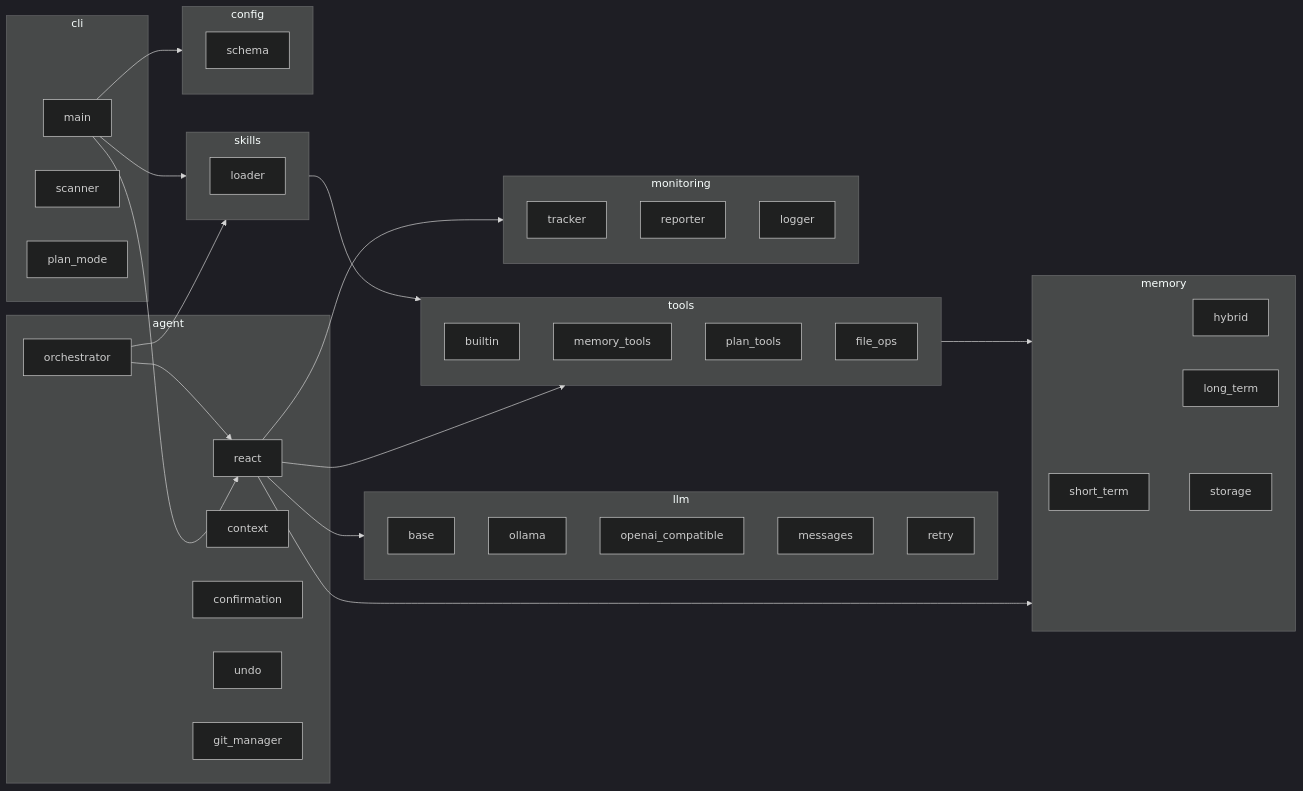
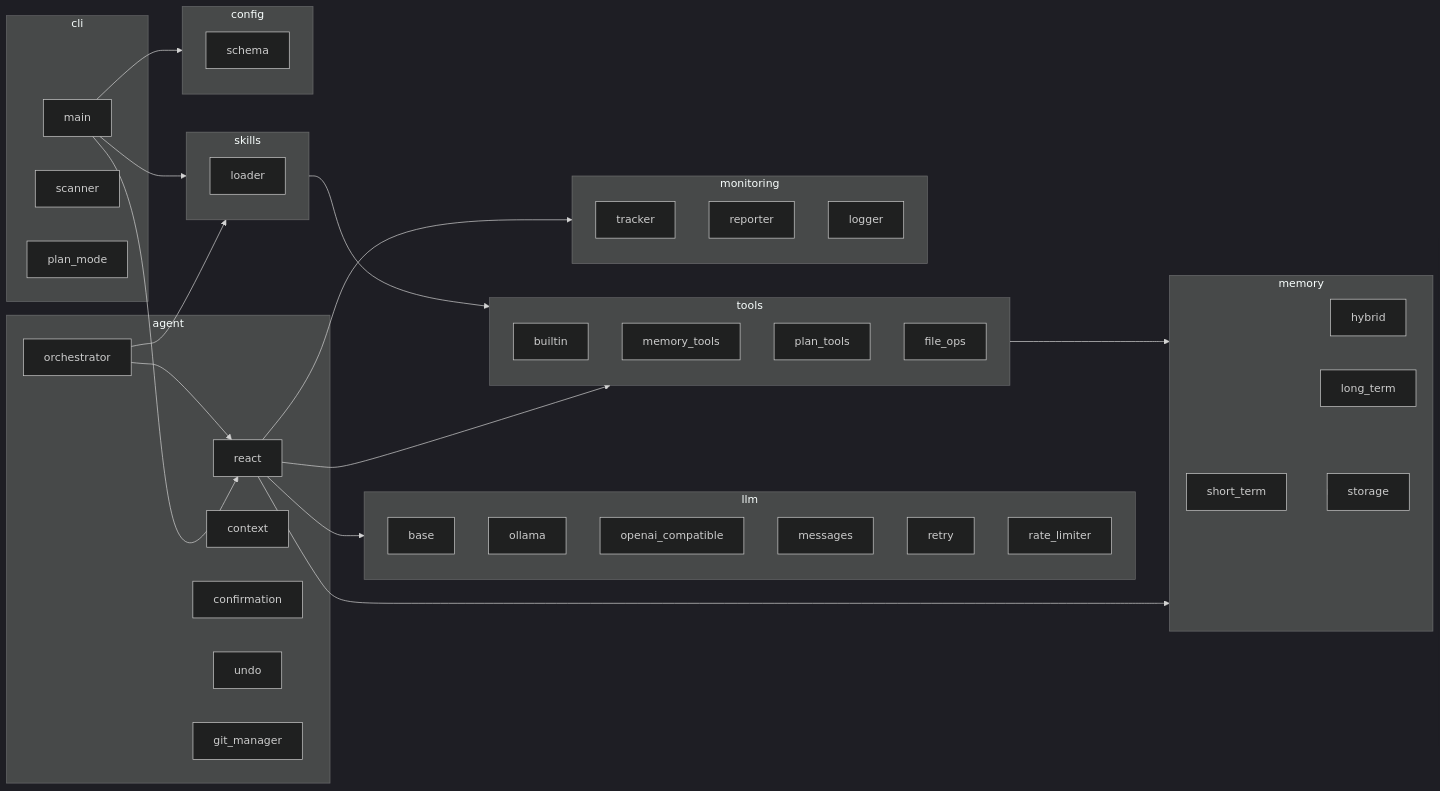
The fourth of 4 diagrams in docs/architecture.md (Tobytywang/NanoAgent), drawn with Mermaid (dark theme) before and after one commit. The commit also changed other lines of this file and 20 other files, not shown here.

````diff
--- a/docs/architecture.md
+++ b/docs/architecture.md
@@ -284,74 +286,75 @@
 ```mermaid
 graph LR
     subgraph cli[cli]
         main
         scanner
         plan_mode
     end
 
     subgraph agent[agent]
         react
         orchestrator
         context
         confirmation
         undo
         git_manager
     end
 
     subgraph llm[llm]
         base
         ollama
         openai_compatible
         messages
         retry
+        rate_limiter
     end
 
     subgraph memory[memory]
         short_term
         hybrid
         long_term
         storage
     end
 
     subgraph tools[tools]
         base
         builtin
         memory_tools
         plan_tools
         file_ops
     end
 
     subgraph skills[skills]
         base
         loader
     end
 
     subgraph config[config]
         schema
         loader
     end
 
     subgraph monitoring[monitoring]
         tracker
         reporter
         logger
     end
 
     main --> react
     main --> config
     main --> skills
 
     react --> llm
     react --> memory
     react --> tools
     react --> monitoring
 
     orchestrator --> react
     orchestrator --> skills
 
     memory --> storage
 
     tools --> memory
 
     skills --> tools
 ```
````
